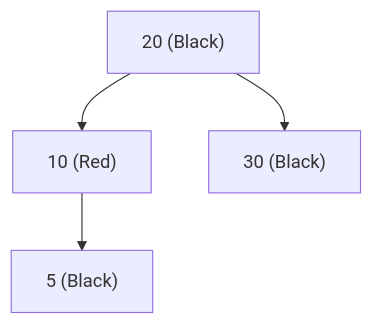
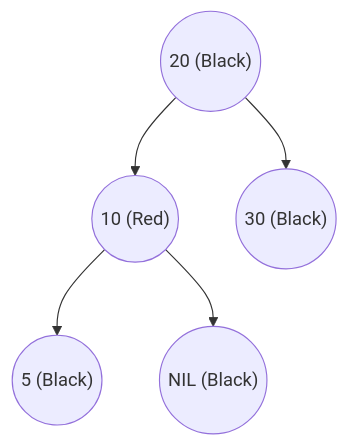
One commit to imdeepmind/imdeepmind.github.io changed the seventh of 31 diagrams in docs/data-structure-and-algorithms/data-structures/tree/search-tree/self-balancing-bst/red-black.md. Above: the diagram before and after it, drawn with Mermaid. The commit also changed other lines of this file, not shown here.

Commit message:
docs(tree): IMDEEPMIND-32: added docs for red black tree

````diff
--- a/docs/data-structure-and-algorithms/data-structures/tree/search-tree/self-balancing-bst/red-black.md
+++ b/docs/data-structure-and-algorithms/data-structures/tree/search-tree/self-balancing-bst/red-black.md
@@ -136,8 +146,9 @@
 ```mermaid
 graph TD
-    A["20 (Black)"]
-    A --> B["10 (Red)"]
-    A --> C["30 (Black)"]
+    A(("20 (Black)"))
+    A --> B(("10 (Red)"))
+    A --> C(("30 (Black)"))
 
-    B --> D["5 (Black)"]
+    B --> D(("5 (Black)"))
+    B --> E(("NIL (Black)"))
 ```
````
